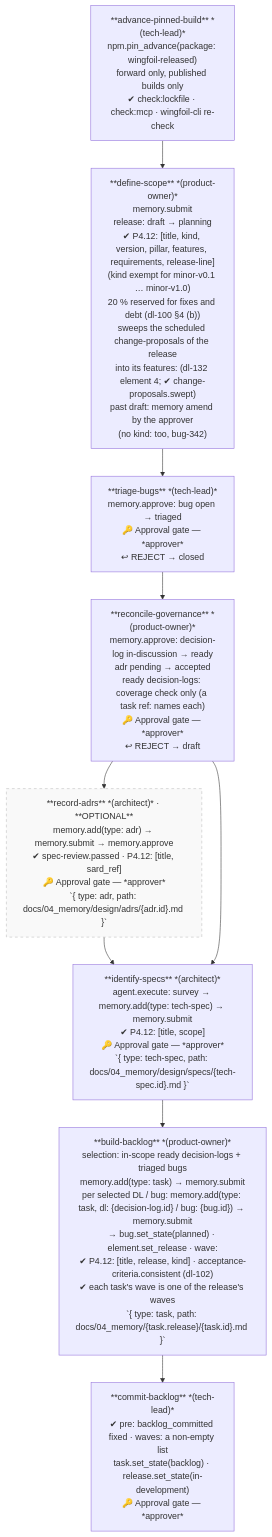
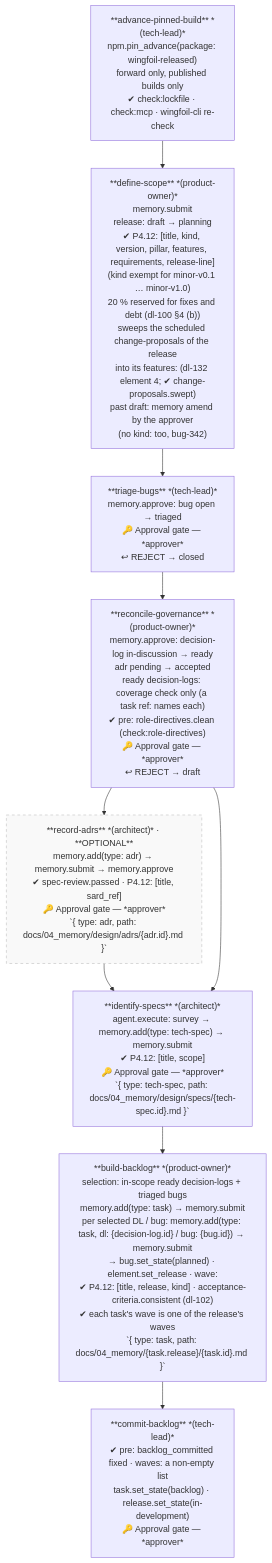
Diagram 11 of 29 in .wingfoil/WORKFLOW.md (wingfoil/wingfoil), drawn with Mermaid before and after one commit. The commit also changed other lines of this file and 7 other files, not shown here.

First line of the commit message:
feat(directives): task-215 — role-directives sweep, bound as reconcile-governance's pre-check (dl-050 option 1)

````diff
--- a/.wingfoil/WORKFLOW.md
+++ b/.wingfoil/WORKFLOW.md
@@ -317,16 +320,16 @@
 ```mermaid
 flowchart TD
     AB["**advance-pinned-build** *(tech-lead)*\nnpm.pin_advance(package: wingfoil-released)\nforward only, published builds only\n✔ check:lockfile · check:mcp · wingfoil-cli re-check"]
     DS["**define-scope** *(product-owner)*\nmemory.submit\nrelease: draft → planning\n✔ P4.12: [title, kind, version, pillar, features, requirements, release-line]\n(kind exempt for minor-v0.1 … minor-v1.0)\n20 % reserved for fixes and debt (dl-100 §4 (b))\nsweeps the scheduled change-proposals of the release\ninto its features: (dl-132 element 4; ✔ change-proposals.swept)\npast draft: memory amend by the approver\n(no kind: too, bug-342)"]
     TB["**triage-bugs** *(tech-lead)*\nmemory.approve: bug open → triaged\n🔑 Approval gate — *approver*\n↩ REJECT → closed"]
-    RG["**reconcile-governance** *(product-owner)*\nmemory.approve: decision-log in-discussion → ready\nadr pending → accepted\nready decision-logs: coverage check only (a task ref: names each)\n🔑 Approval gate — *approver*\n↩ REJECT → draft"]
+    RG["**reconcile-governance** *(product-owner)*\nmemory.approve: decision-log in-discussion → ready\nadr pending → accepted\nready decision-logs: coverage check only (a task ref: names each)\n✔ pre: role-directives.clean (check:role-directives)\n🔑 Approval gate — *approver*\n↩ REJECT → draft"]
     RA["**record-adrs** *(architect)* · **OPTIONAL**\nmemory.add(type: adr) → memory.submit → memory.approve\n✔ spec-review.passed · P4.12: [title, sard_ref]\n🔑 Approval gate — *approver*\n`{ type: adr, path: docs/04_memory/design/adrs/{adr.id}.md }`"]
     IS["**identify-specs** *(architect)*\nagent.execute: survey → memory.add(type: tech-spec) → memory.submit\n✔ P4.12: [title, scope]\n🔑 Approval gate — *approver*\n`{ type: tech-spec, path: docs/04_memory/design/specs/{tech-spec.id}.md }`"]
     BB["**build-backlog** *(product-owner)*\nselection: in-scope ready decision-logs + triaged bugs\nmemory.add(type: task) → memory.submit\nper selected DL / bug: memory.add(type: task, dl: {decision-log.id} / bug: {bug.id}) → memory.submit\n→ bug.set_state(planned) · element.set_release · wave:\n✔ P4.12: [title, release, kind] · acceptance-criteria.consistent (dl-102)\n✔ each task's wave is one of the release's waves\n`{ type: task, path: docs/04_memory/{task.release}/{task.id}.md }`"]
     CB["**commit-backlog** *(tech-lead)*\n✔ pre: backlog_committed fixed · waves: a non-empty list\ntask.set_state(backlog) · release.set_state(in-development)\n🔑 Approval gate — *approver*"]
 
     AB --> DS --> TB --> RG --> RA --> IS --> BB --> CB
     RG --> IS
 
     style RA fill:#f9f9f9,stroke:#bbb,stroke-dasharray:5 5
 ```
````
